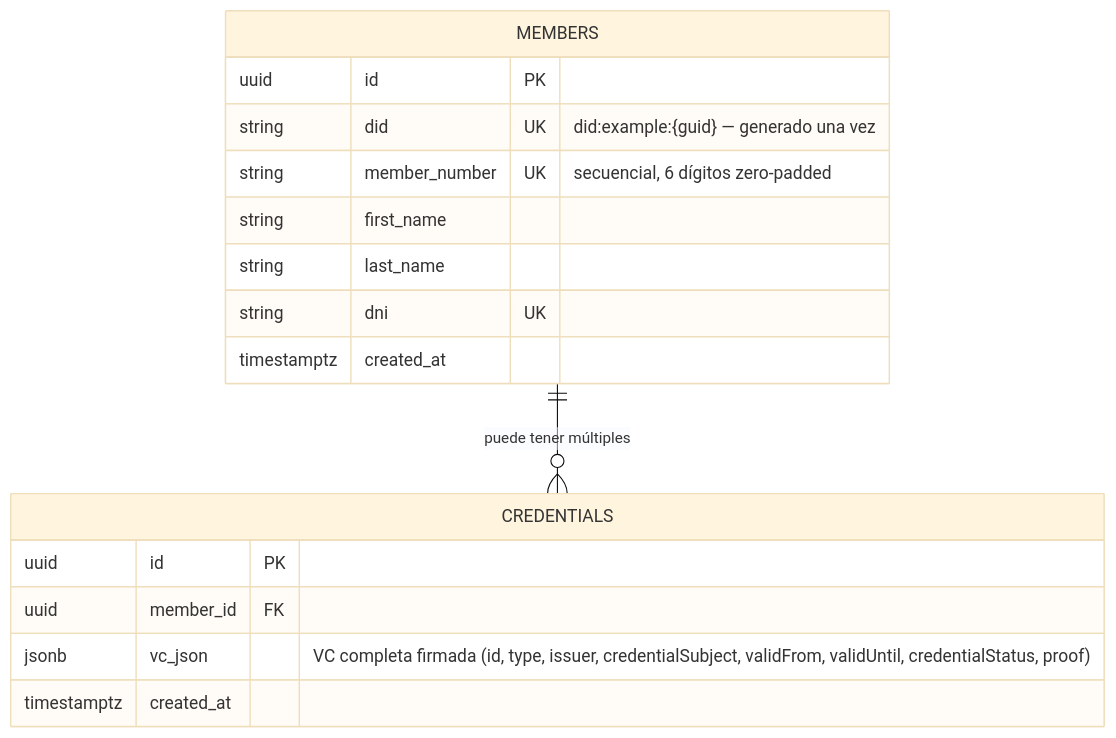
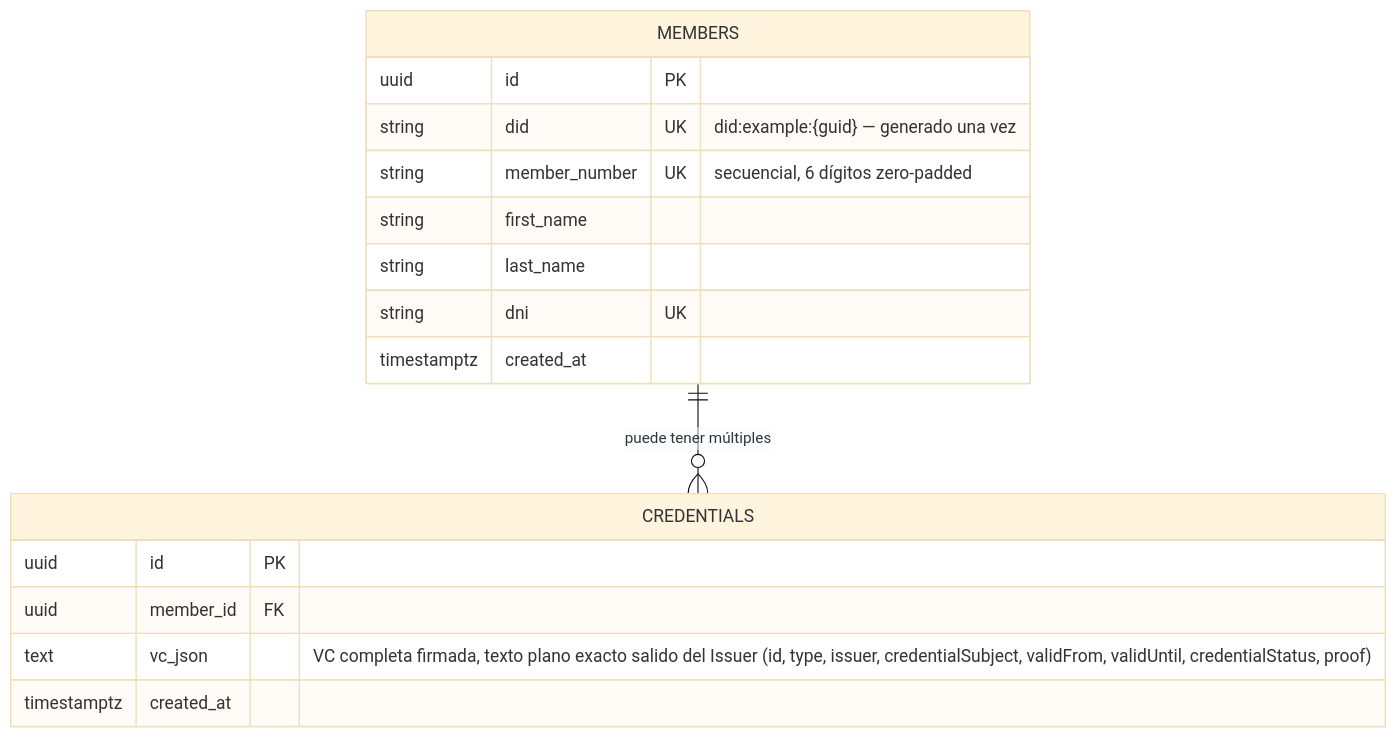
Before and after one commit to mwlk/club-cordoba-wallet: the diagram in docs/modelo-datos.md, drawn with Mermaid (base theme). The commit also changed other lines of this file and 5 other files, not shown here.

Commit message:
docs: update database references to clarify use of 'text' type for signed VC

````diff
--- a/docs/modelo-datos.md
+++ b/docs/modelo-datos.md
@@ -9,19 +9,19 @@
 ```mermaid
 erDiagram
     MEMBERS {
         uuid id PK
         string did UK "did:example:{guid} — generado una vez"
         string member_number UK "secuencial, 6 dígitos zero-padded"
         string first_name
         string last_name
         string dni UK
         timestamptz created_at
     }
     CREDENTIALS {
         uuid id PK
         uuid member_id FK
-        jsonb vc_json "VC completa firmada (id, type, issuer, credentialSubject, validFrom, validUntil, credentialStatus, proof)"
+        text vc_json "VC completa firmada, texto plano exacto salido del Issuer (id, type, issuer, credentialSubject, validFrom, validUntil, credentialStatus, proof)"
         timestamptz created_at
     }
     MEMBERS ||--o{ CREDENTIALS : "puede tener múltiples"
 ```
````
